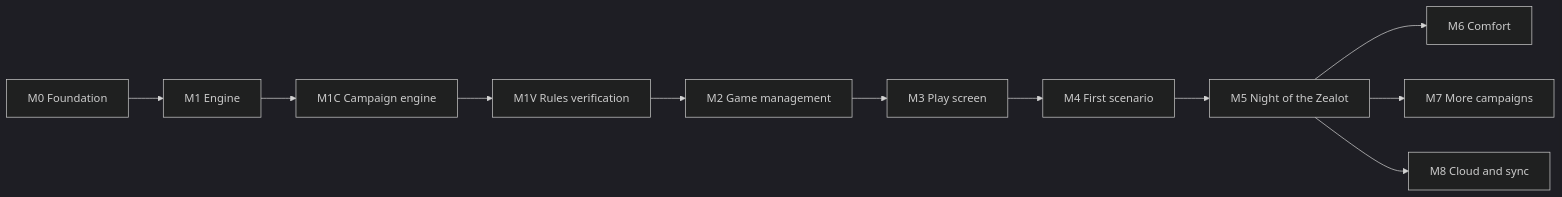
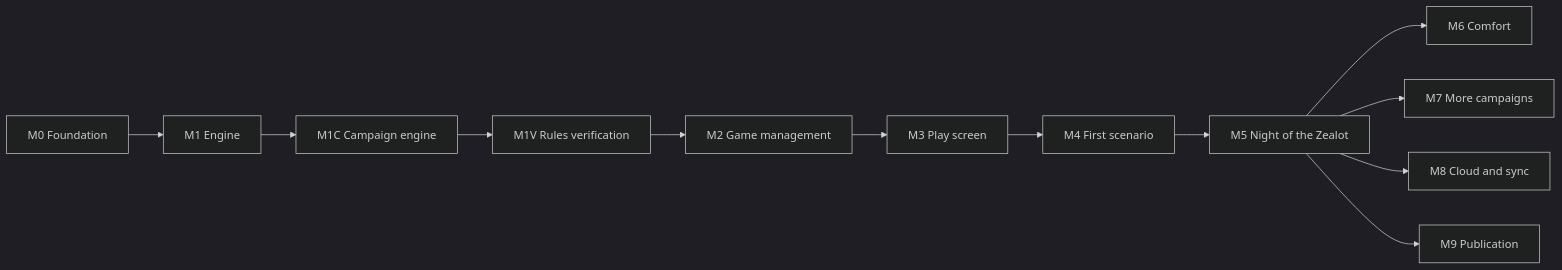
The diagram in docs/product.md (macandy13/arkham-companion), drawn with Mermaid (dark theme) before and after one commit. The commit also changed other lines of this file and 1 other file, not shown here.

First line of the commit message:
docs: add the publication milestone M9 with the copyright checks

````diff
--- a/docs/product.md
+++ b/docs/product.md
@@ -65,7 +65,8 @@
 ```mermaid
 flowchart LR
   M0[M0 Foundation] --> M1[M1 Engine] --> M1C[M1C Campaign engine] --> M1V[M1V Rules verification] --> M2[M2 Game management] --> M3[M3 Play screen] --> M4[M4 First scenario] --> M5[M5 Night of the Zealot]
   M5 --> M6[M6 Comfort]
   M5 --> M7[M7 More campaigns]
   M5 --> M8[M8 Cloud and sync]
+  M5 --> M9[M9 Publication]
 ```
````
